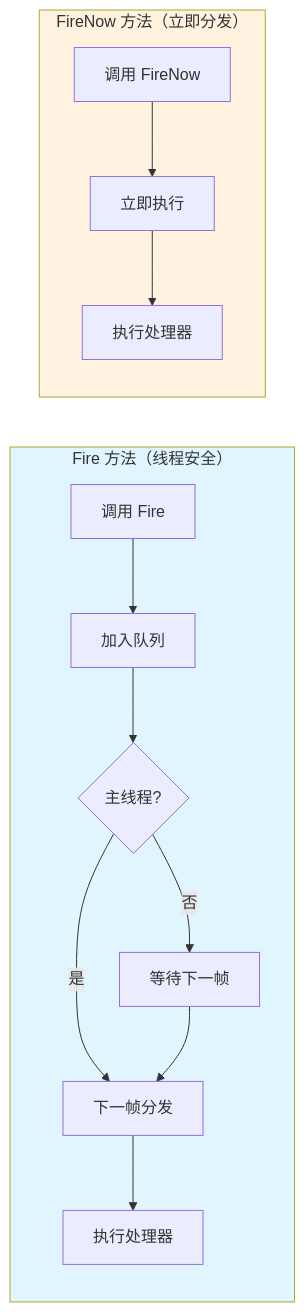
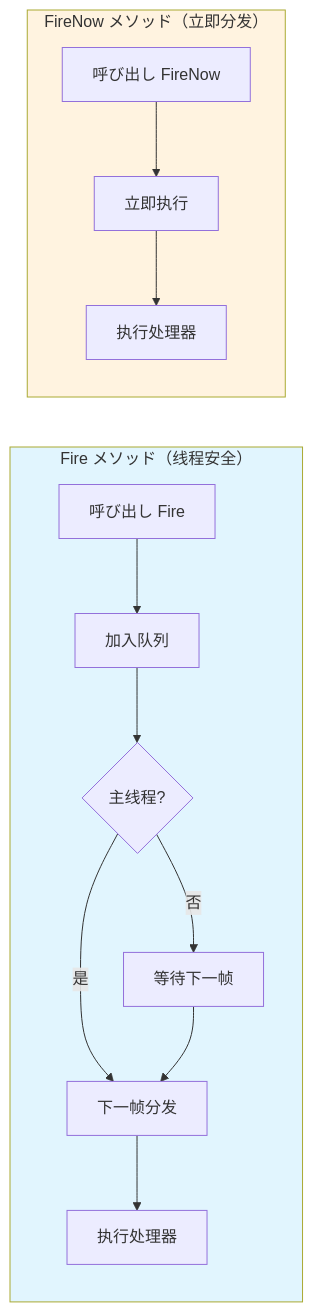
Before and after one commit to AlianBlank/GameFrameX.Docs: the third of 3 diagrams in docs/ja/client/unity/component/event/06.event-manager.md, drawn with Mermaid. The commit also changed other lines of this file and 603 other files, not shown here.

````diff
--- a/docs/ja/client/unity/component/event/06.event-manager.md
+++ b/docs/ja/client/unity/component/event/06.event-manager.md
@@ -84,19 +84,19 @@
 ```mermaid
 flowchart LR
-    subgraph Fire["Fire 方法（线程安全）"]
-        A1[调用 Fire] --> A2[加入队列]
+    subgraph Fire["Fire メソッド（线程安全）"]
+        A1[呼び出し Fire] --> A2[加入队列]
         A2 --> A3{主线程?}
         A3 -->|否| A4[等待下一帧]
         A3 -->|是| A5[下一帧分发]
         A4 --> A5
         A5 --> A6[执行处理器]
     end
     
-    subgraph FireNow["FireNow 方法（立即分发）"]
-        B1[调用 FireNow] --> B2[立即执行]
+    subgraph FireNow["FireNow メソッド（立即分发）"]
+        B1[呼び出し FireNow] --> B2[立即执行]
         B2 --> B3[执行处理器]
     end
     
     style Fire fill:#e1f5fe
     style FireNow fill:#fff3e0
 ```
````
